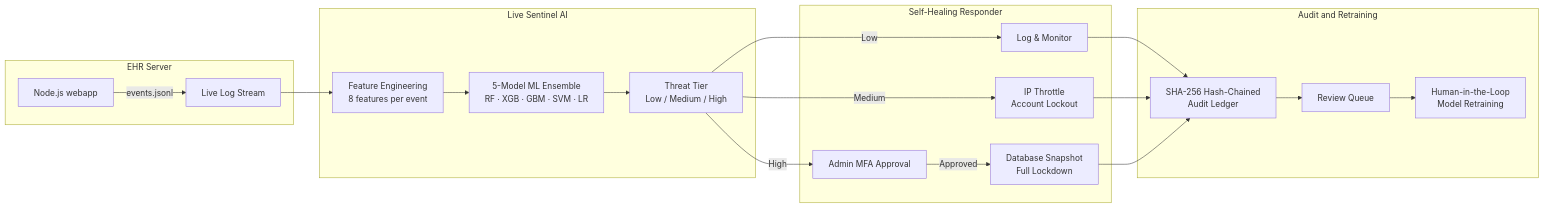
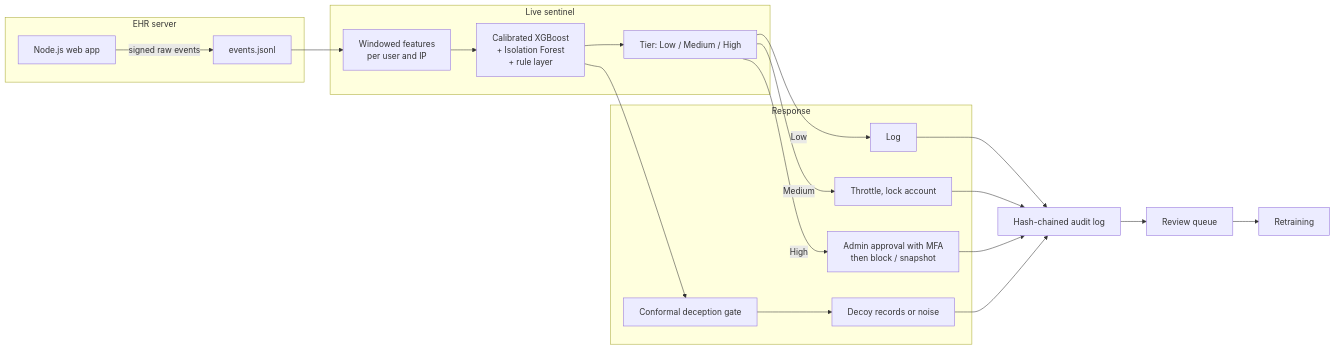
One commit to Riya-337/SentiHealth changed the diagram in README.md. Above: the diagram before and after it, drawn with Mermaid. The commit also changed other lines of this file and 10 other files, not shown here.

````diff
--- a/README.md
+++ b/README.md
@@ -57,25 +57,20 @@
 ```mermaid
 flowchart LR
-  subgraph source [EHR Server]
-    N[Node.js webapp] -->|events.jsonl| LOG[Live Log Stream]
+  subgraph ehr [EHR server]
+    W[Node.js web app] -->|signed raw events| L[events.jsonl]
   end
-
-  subgraph sentinel [Live Sentinel AI]
-    LOG --> FE[Feature Engineering\n8 features per event]
-    FE --> ENS[5-Model ML Ensemble\nRF · XGB · GBM · SVM · LR]
-    ENS --> TIER[Threat Tier\nLow / Medium / High]
+  subgraph sentinel [Live sentinel]
+    L --> F[Windowed features<br/>per user and IP]
+    F --> M[Calibrated XGBoost<br/>+ Isolation Forest<br/>+ rule layer]
+    M --> T[Tier: Low / Medium / High]
   end
-
-  subgraph response [Self-Healing Responder]
-    TIER -->|Low| AUTO1[Log & Monitor]
-    TIER -->|Medium| AUTO2[IP Throttle\nAccount Lockout]
-    TIER -->|High| APPR[Admin MFA Approval]
-    APPR -->|Approved| AUTO3[Database Snapshot\nFull Lockdown]
+  subgraph respond [Response]
+    T -->|Low| R1[Log]
+    T -->|Medium| R2[Throttle, lock account]
+    T -->|High| R3[Admin approval with MFA<br/>then block / snapshot]
+    M --> G[Conformal deception gate]
+    G --> D[Decoy records or noise]
   end
-
-  subgraph audit [Audit and Retraining]
-    AUTO1 & AUTO2 & AUTO3 --> CHAIN[SHA-256 Hash-Chained\nAudit Ledger]
-    CHAIN --> RQ[Review Queue]
-    RQ --> RETRAIN[Human-in-the-Loop\nModel Retraining]
-  end
+  R1 & R2 & R3 & D --> A[Hash-chained audit log]
+  A --> Q[Review queue] --> RT[Retraining]
 ```
````
